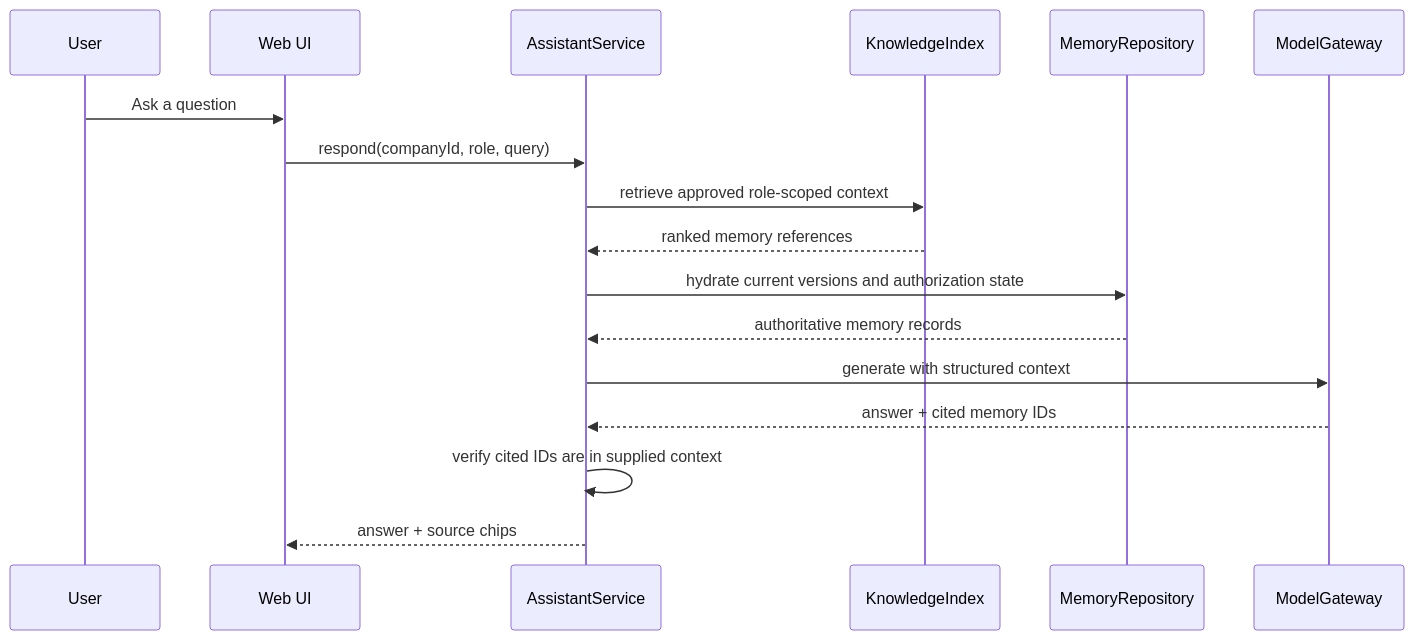
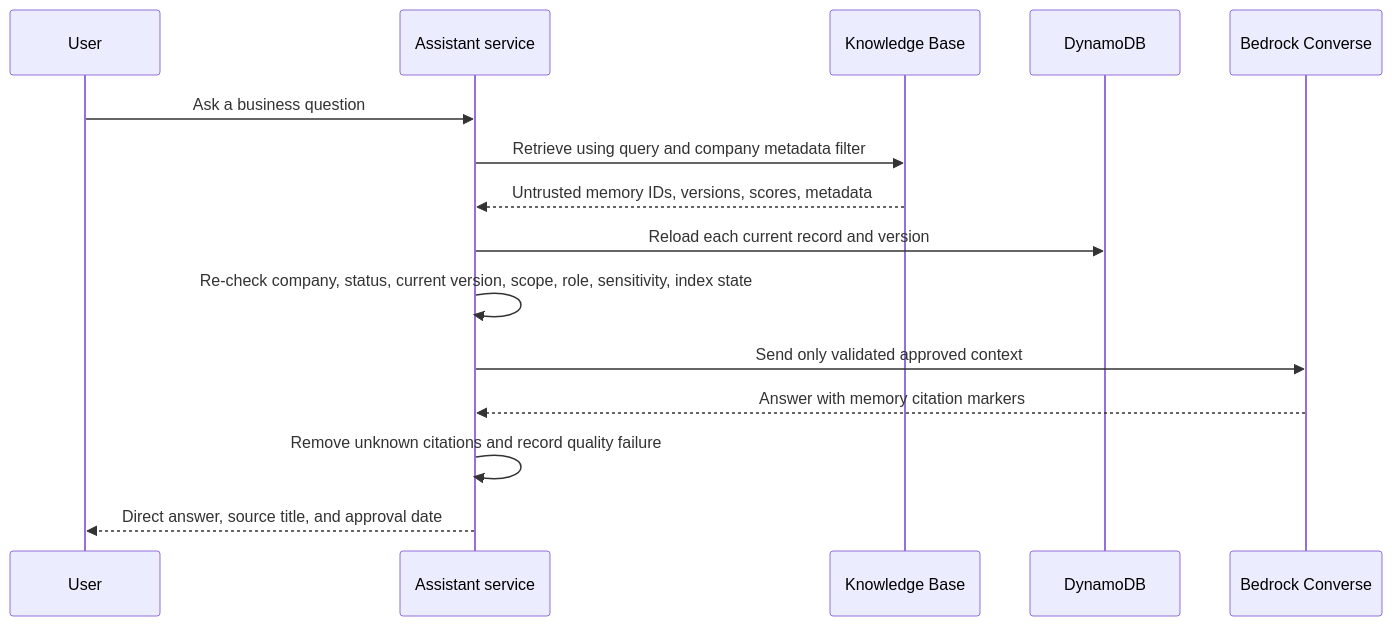
One commit to NCK-Agency/MyLittleCompany changed the fourth of 4 diagrams in docs/ARCHITECTURE.md. Above: the diagram before and after it, drawn with Mermaid. The commit also changed other lines of this file and 225 other files, not shown here.

````diff
--- a/docs/ARCHITECTURE.md
+++ b/docs/ARCHITECTURE.md
@@ -220,20 +189,18 @@
 ```mermaid
 sequenceDiagram
-    participant U as User
-    participant UI as Web UI
-    participant A as AssistantService
-    participant KI as KnowledgeIndex
-    participant DB as MemoryRepository
-    participant MG as ModelGateway
+    participant User
+    participant App as Assistant service
+    participant KB as Knowledge Base
+    participant DB as DynamoDB
+    participant Model as Bedrock Converse
 
-    U->>UI: Ask a question
-    UI->>A: respond(companyId, role, query)
-    A->>KI: retrieve approved role-scoped context
-    KI-->>A: ranked memory references
-    A->>DB: hydrate current versions and authorization state
-    DB-->>A: authoritative memory records
-    A->>MG: generate with structured context
-    MG-->>A: answer + cited memory IDs
-    A->>A: verify cited IDs are in supplied context
-    A-->>UI: answer + source chips
+    User->>App: Ask a business question
+    App->>KB: Retrieve using query and company metadata filter
+    KB-->>App: Untrusted memory IDs, versions, scores, metadata
+    App->>DB: Reload each current record and version
+    App->>App: Re-check company, status, current version, scope, role, sensitivity, index state
+    App->>Model: Send only validated approved context
+    Model-->>App: Answer with memory citation markers
+    App->>App: Remove unknown citations and record quality failure
+    App-->>User: Direct answer, source title, and approval date
 ```
````
